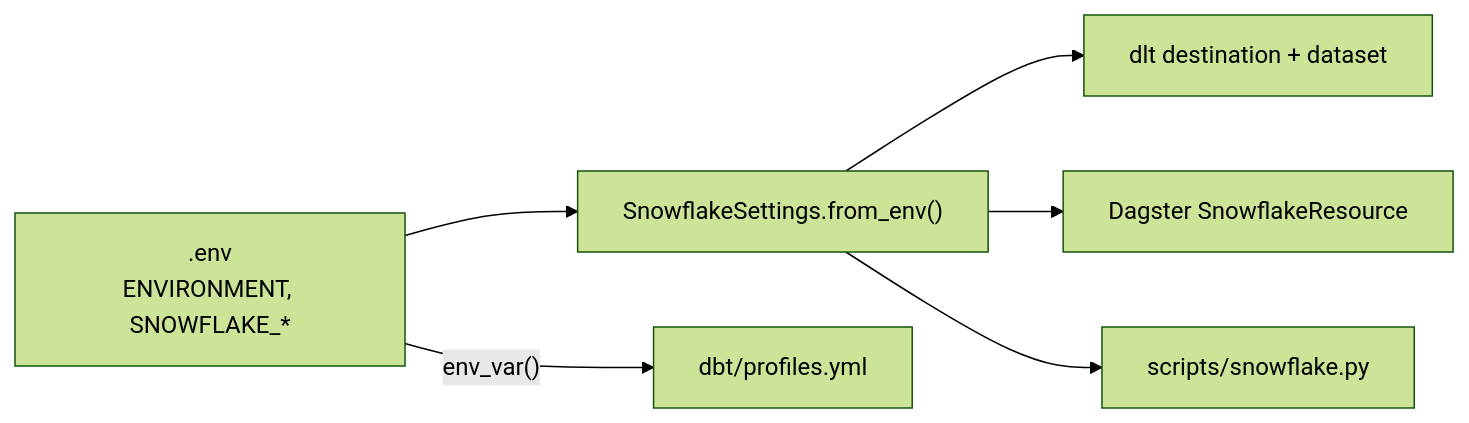
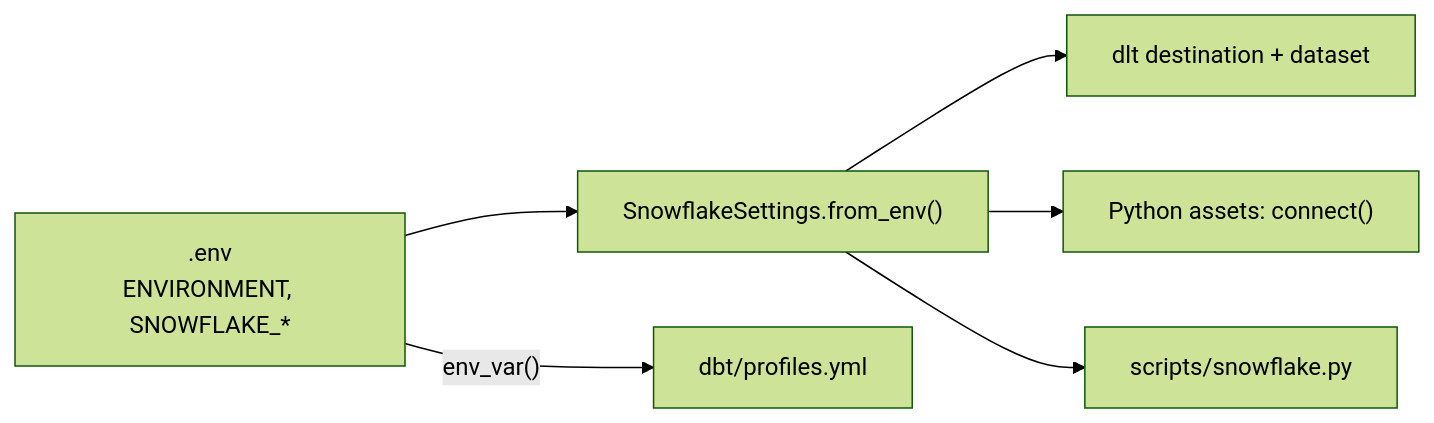
The second of 2 diagrams in docs/architecture/snowflake.md (rootcube/data-mesh-template), drawn with Mermaid (forest theme) before and after one commit. The commit also changed other lines of this file and 27 other files, not shown here.

````diff
--- a/docs/architecture/snowflake.md
+++ b/docs/architecture/snowflake.md
@@ -142,8 +141,8 @@
 ```mermaid
 flowchart LR
     ENV[".env<br/>ENVIRONMENT, SNOWFLAKE_*"] --> S["SnowflakeSettings.from_env()"]
     S --> DLT["dlt destination + dataset"]
-    S --> DAG["Dagster SnowflakeResource"]
+    S --> PY["Python assets: connect()"]
     S --> SCR["scripts/snowflake.py"]
     ENV -- "env_var()" --> DBT["dbt/profiles.yml"]
 ```
````
